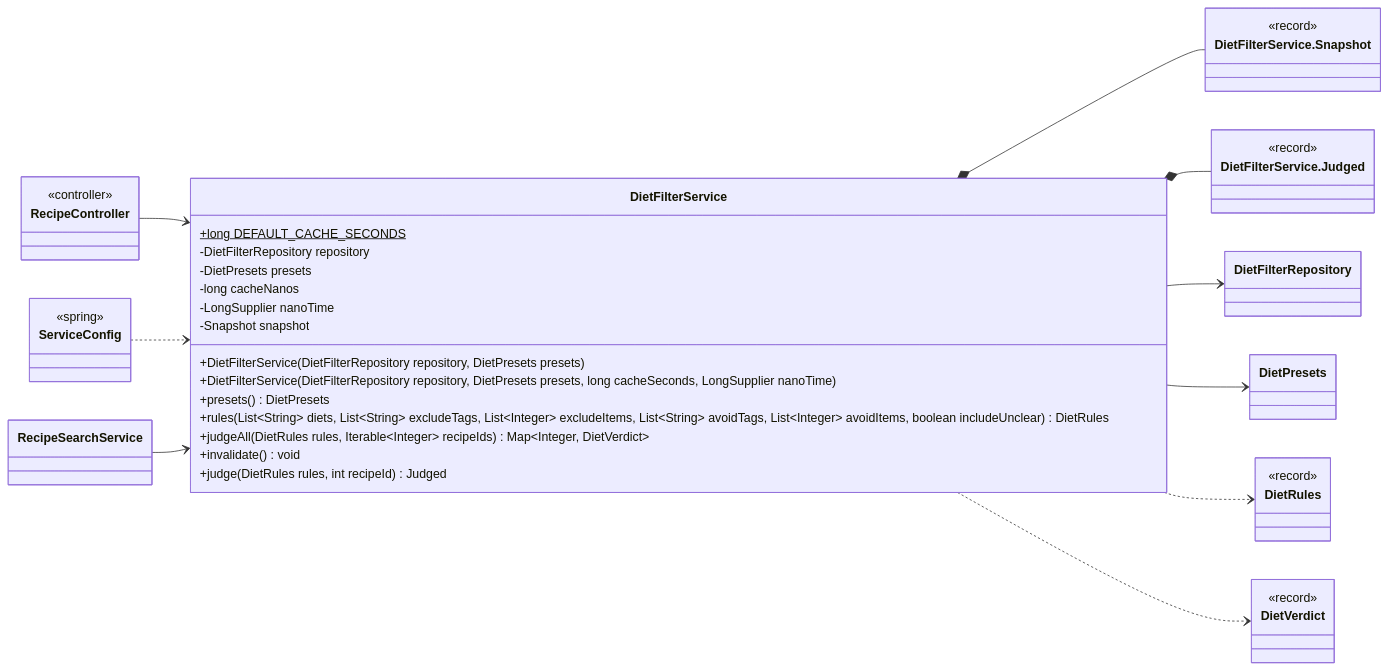
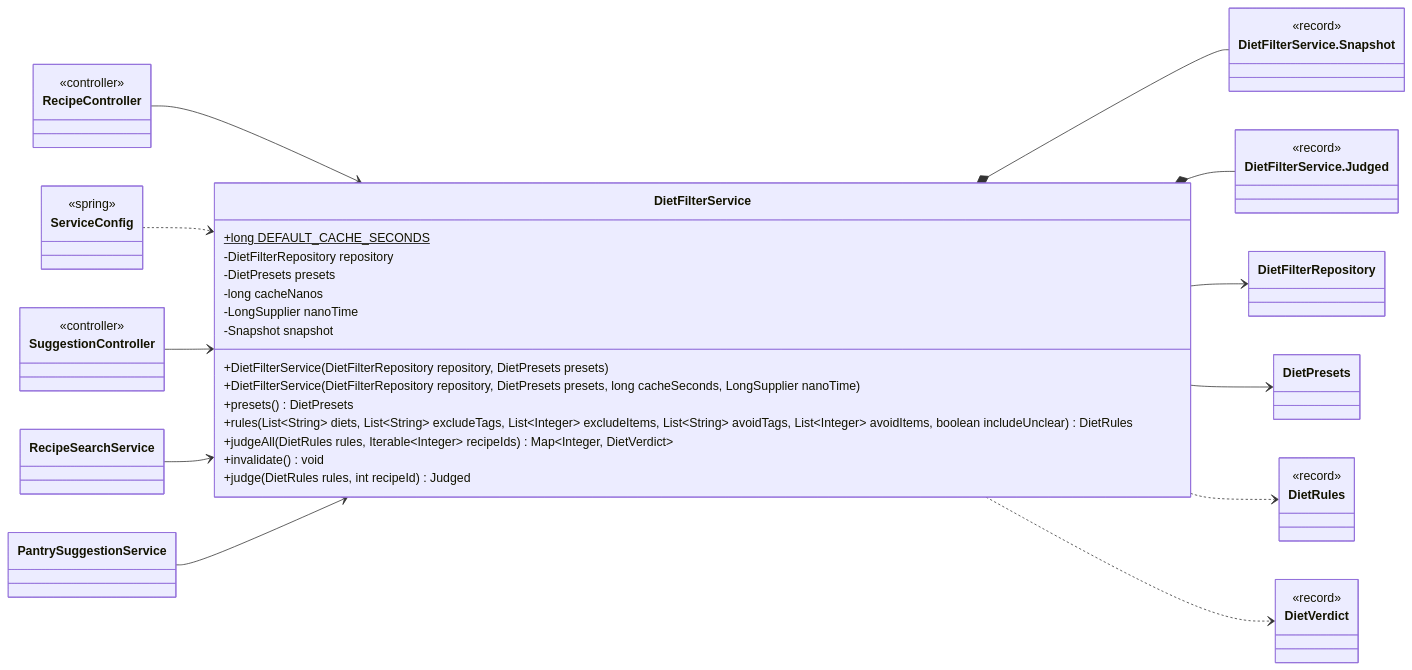
The third of 15 diagrams in docs/classes/diet.md (Nate-ryan-7690/dahaem), drawn with Mermaid before and after one commit. The commit also changed other lines of this file and 16 other files, not shown here.

Commit message:
Pantry suggestions: apply the household's diet rules, treat expired stock as not usable, cap the list at 200

````diff
--- a/docs/classes/diet.md
+++ b/docs/classes/diet.md
@@ -158,49 +158,55 @@
 ```mermaid
 classDiagram
     direction LR
     class diet_DietFilterService["DietFilterService"] {
         +long DEFAULT_CACHE_SECONDS$
         -DietFilterRepository repository
         -DietPresets presets
         -long cacheNanos
         -LongSupplier nanoTime
         -Snapshot snapshot
         +DietFilterService(DietFilterRepository repository, DietPresets presets)
         +DietFilterService(DietFilterRepository repository, DietPresets presets, long cacheSeconds, LongSupplier nanoTime)
         +presets() DietPresets
         +rules(List~String~ diets, List~String~ excludeTags, List~Integer~ excludeItems, List~String~ avoidTags, List~Integer~ avoidItems, boolean includeUnclear) DietRules
         +judgeAll(DietRules rules, Iterable~Integer~ recipeIds) Map~Integer, DietVerdict~
         +invalidate() void
         +judge(DietRules rules, int recipeId) Judged
     }
     class diet_DietFilterService_Snapshot["DietFilterService.Snapshot"] {
         <<record>>
     }
     class diet_DietFilterService_Judged["DietFilterService.Judged"] {
         <<record>>
     }
     class diet_DietFilterRepository["DietFilterRepository"]
     class diet_DietPresets["DietPresets"]
     class api_RecipeController["RecipeController"] {
         <<controller>>
     }
+    class api_SuggestionController["SuggestionController"] {
+        <<controller>>
+    }
     class mealplanner_RecipeSearchService["RecipeSearchService"]
+    class suggestions_PantrySuggestionService["PantrySuggestionService"]
     class diet_DietRules["DietRules"] {
         <<record>>
     }
     class diet_DietVerdict["DietVerdict"] {
         <<record>>
     }
     class api_ServiceConfig["ServiceConfig"] {
         <<spring>>
     }
     diet_DietFilterService *-- diet_DietFilterService_Snapshot
     diet_DietFilterService *-- diet_DietFilterService_Judged
     diet_DietFilterService --> diet_DietFilterRepository
     diet_DietFilterService --> diet_DietPresets
     diet_DietFilterService ..> diet_DietRules
     diet_DietFilterService ..> diet_DietVerdict
     api_RecipeController --> diet_DietFilterService
     api_ServiceConfig ..> diet_DietFilterService
+    api_SuggestionController --> diet_DietFilterService
     mealplanner_RecipeSearchService --> diet_DietFilterService
+    suggestions_PantrySuggestionService --> diet_DietFilterService
 ```
````
